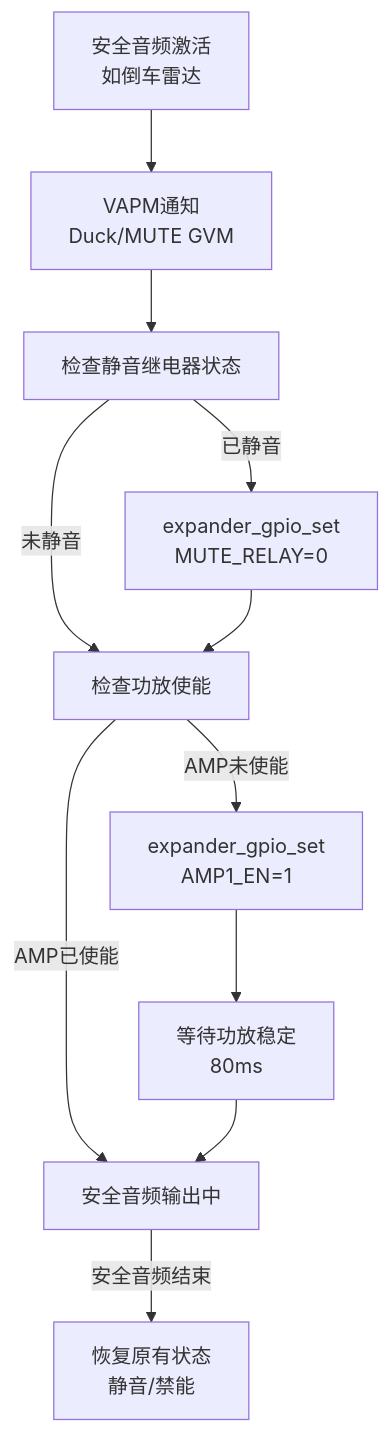
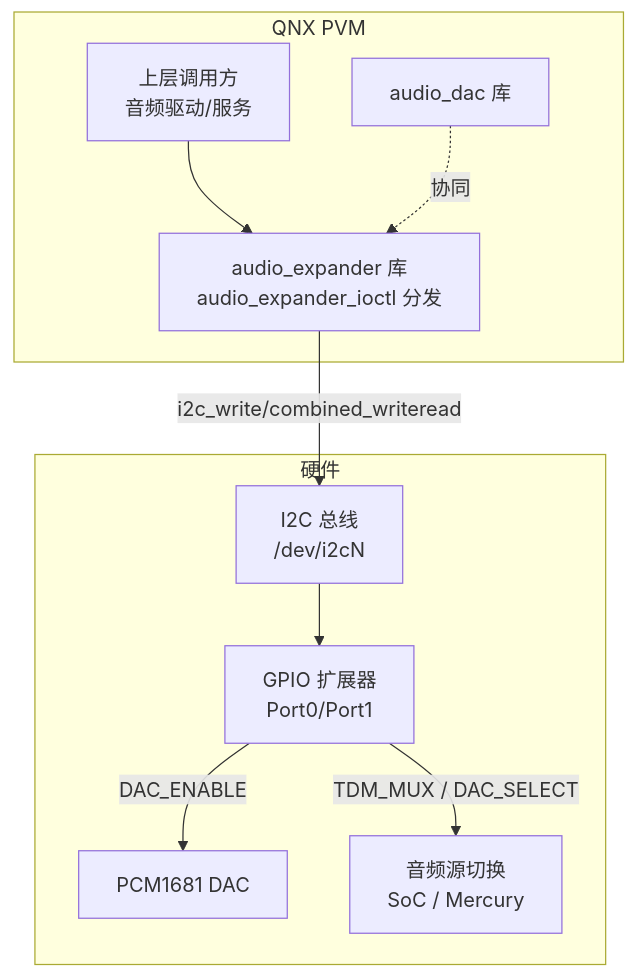
One commit to yanglinzhen1022/SA8295_AAOS_QNX_Audio_KnowledgeBase changed the first of 2 diagrams in 16_Vendor_QNX_Architecture/16_16.22_QNX_audio_expander_音频扩展器.md. Above: the diagram before and after it, drawn with Mermaid. The commit also changed other lines of this file and 48 other files, not shown here.

````diff
--- a/16_Vendor_QNX_Architecture/16_16.22_QNX_audio_expander_音频扩展器.md
+++ b/16_Vendor_QNX_Architecture/16_16.22_QNX_audio_expander_音频扩展器.md
@@ -407,13 +60,22 @@
 ```mermaid
 graph TB
-    Safety_Active[安全音频激活<br/>如倒车雷达] --> VAPM_Notify[VAPM通知<br/>Duck/MUTE GVM]
-    VAPM_Notify --> Check_Mute[检查静音继电器状态]
-    Check_Mute -->|已静音| Unmute[expander_gpio_set<br/>MUTE_RELAY=0]
-    Check_Mute -->|未静音| Check_AMP[检查功放使能]
-    Unmute --> Check_AMP
-    Check_AMP -->|AMP未使能| Enable_AMP[expander_gpio_set<br/>AMP1_EN=1]
-    Check_AMP -->|AMP已使能| Safety_Output[安全音频输出中]
-    Enable_AMP --> Wait_Stable[等待功放稳定<br/>80ms]
-    Wait_Stable --> Safety_Output
-    Safety_Output -->|安全音频结束| Restore[恢复原有状态<br/>静音/禁能]
+    subgraph QNX[QNX PVM]
+        caller[上层调用方<br/>音频驱动/服务]
+        exp[audio_expander 库<br/>audio_expander_ioctl 分发]
+        dac[audio_dac 库]
+    end
+
+    subgraph HW[硬件]
+        i2cbus[I2C 总线<br/>/dev/i2cN]
+        gpioexp[GPIO 扩展器<br/>Port0/Port1]
+        pcm1681[PCM1681 DAC]
+        srcsw[音频源切换<br/>SoC / Mercury]
+    end
+
+    caller --> exp
+    exp -->|i2c_write/combined_writeread| i2cbus
+    i2cbus --> gpioexp
+    gpioexp -->|DAC_ENABLE| pcm1681
+    gpioexp -->|TDM_MUX / DAC_SELECT| srcsw
+    dac -.协同.-> exp
 ```
````
